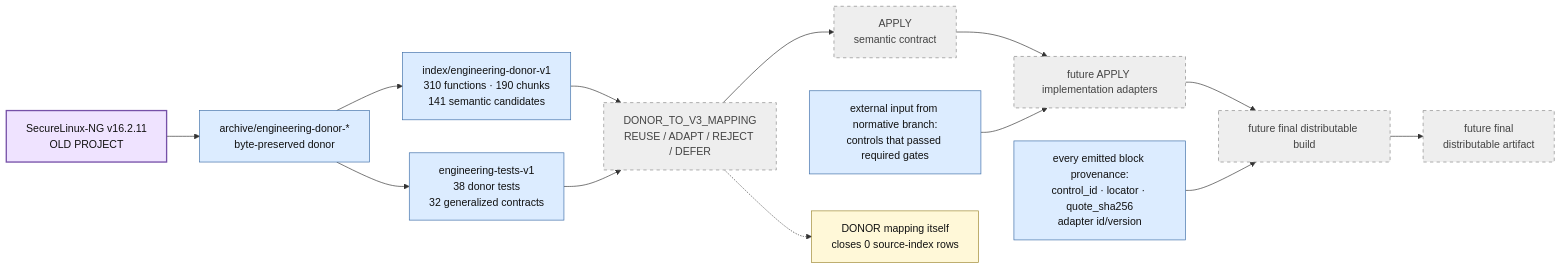
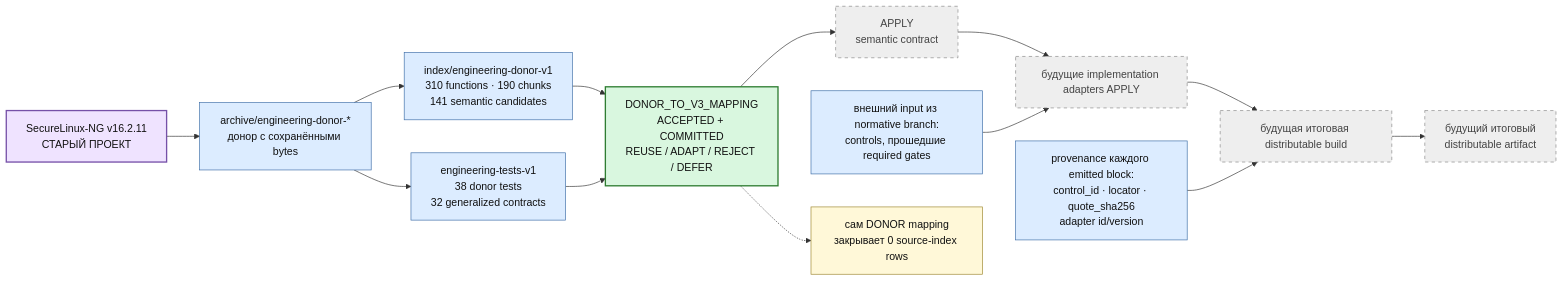
The fourth of 6 diagrams in docs/PROJECT-MAP-v3.md (rasav65/SecureLinux-Policy), drawn with Mermaid before and after one commit. The commit also changed other lines of this file and 114 other files, not shown here.

Commit message:
project: consolidate audited current state before APPLY contract

````diff
--- a/docs/PROJECT-MAP-v3.md
+++ b/docs/PROJECT-MAP-v3.md
@@ -229,36 +229,37 @@
 ```mermaid
 flowchart LR
-    OLD["SecureLinux-NG v16.2.11<br/>OLD PROJECT"]:::donor
+    OLD["SecureLinux-NG v16.2.11<br/>СТАРЫЙ ПРОЕКТ"]:::donor
 
-    ARCHIVE["archive/engineering-donor-*<br/>byte-preserved donor"]:::component
+    ARCHIVE["archive/engineering-donor-*<br/>донор с сохранёнными bytes"]:::component
     DONOR_INDEX["index/engineering-donor-v1<br/>310 functions · 190 chunks<br/>141 semantic candidates"]:::component
     DONOR_TESTS["engineering-tests-v1<br/>38 donor tests<br/>32 generalized contracts"]:::component
 
-    MAP["DONOR_TO_V3_MAPPING<br/>REUSE / ADAPT / REJECT / DEFER"]:::future
+    MAP["DONOR_TO_V3_MAPPING<br/>ACCEPTED + COMMITTED<br/>REUSE / ADAPT / REJECT / DEFER"]:::closed
     APPLY["APPLY<br/>semantic contract"]:::future
-    ADAPTERS["future APPLY implementation adapters"]:::future
-    BUILD["future final distributable build"]:::future
-    SCRIPT["future final<br/>distributable artifact"]:::future
+    ADAPTERS["будущие implementation adapters APPLY"]:::future
+    BUILD["будущая итоговая distributable build"]:::future
+    SCRIPT["будущий итоговый<br/>distributable artifact"]:::future
 
     OLD --> ARCHIVE
     ARCHIVE --> DONOR_INDEX
     ARCHIVE --> DONOR_TESTS
     DONOR_INDEX --> MAP
     DONOR_TESTS --> MAP
 
     MAP --> APPLY --> ADAPTERS --> BUILD --> SCRIPT
 
-    NORMIN["external input from normative branch:<br/>controls that passed required gates"]:::component
+    NORMIN["внешний input из normative branch:<br/>controls, прошедшие required gates"]:::component
     NORMIN --> ADAPTERS
 
-    PROVOUT["every emitted block provenance:<br/>control_id · locator · quote_sha256<br/>adapter id/version"]:::component
+    PROVOUT["provenance каждого emitted block:<br/>control_id · locator · quote_sha256<br/>adapter id/version"]:::component
     PROVOUT --> BUILD
 
-    ZERO["DONOR mapping itself<br/>closes 0 source-index rows"]:::note
+    ZERO["сам DONOR mapping<br/>закрывает 0 source-index rows"]:::note
     MAP -.-> ZERO
 
     classDef donor fill:#efe3ff,stroke:#7651a8,color:#111,stroke-width:2px;
+    classDef closed fill:#d9f7df,stroke:#2f7d32,color:#111,stroke-width:2px;
     classDef component fill:#dcecff,stroke:#3e6ea8,color:#111;
     classDef future fill:#eeeeee,stroke:#888,color:#444,stroke-dasharray: 5 5;
     classDef note fill:#fff8d8,stroke:#9d8730,color:#111;
 ```
````
